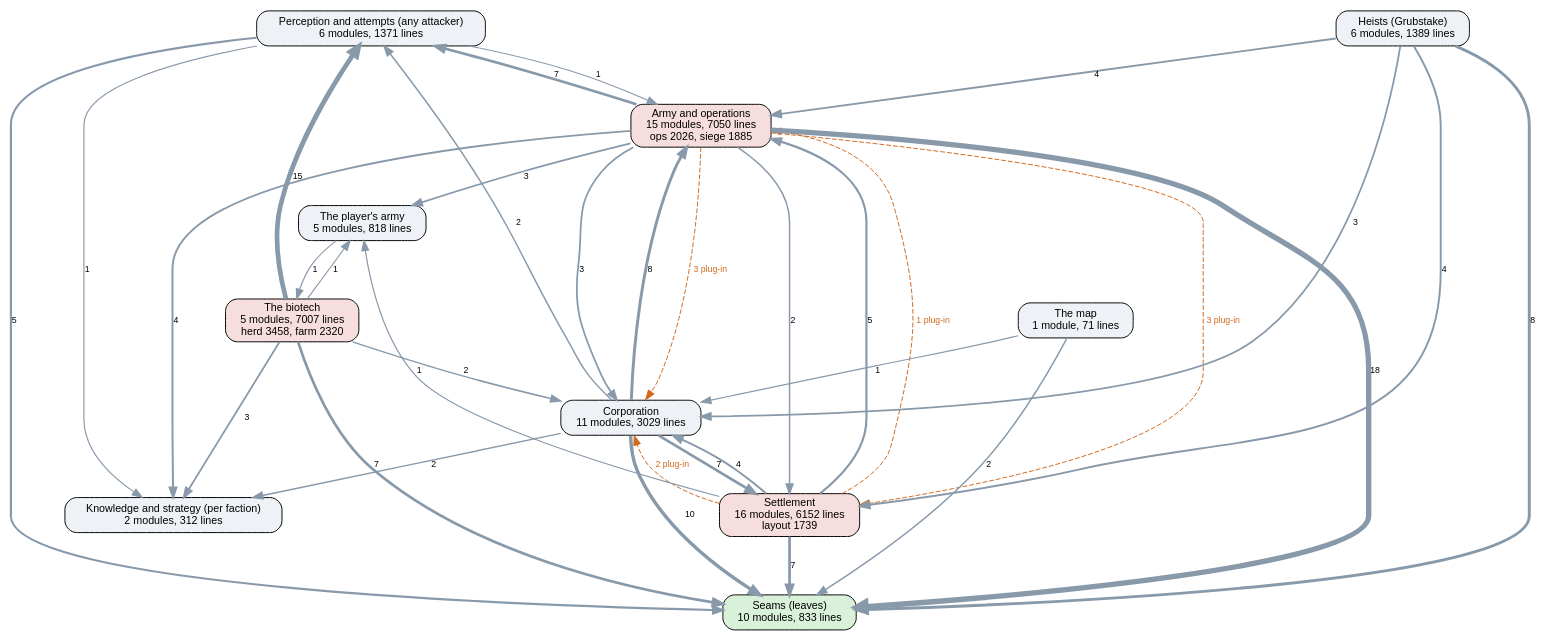
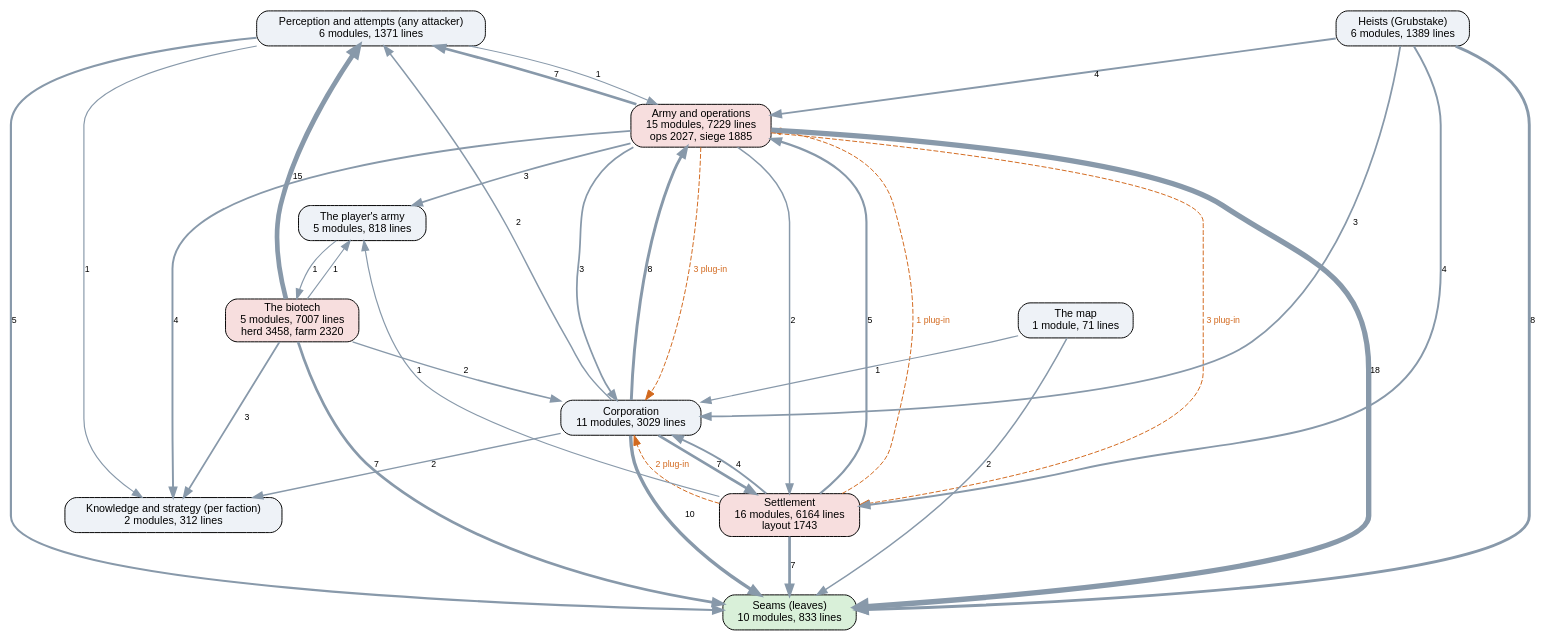
The diagram in docs/ai-layers.dot (kinelhu/landing-party), drawn with Graphviz before and after one commit. The commit also changed 14 other files, not shown here.

```diff
--- a/docs/ai-layers.dot
+++ b/docs/ai-layers.dot
@@ -1,49 +1,49 @@
 digraph layers {
   graph [rankdir=TB, fontname="Helvetica", nodesep=0.5, ranksep=0.7];
   node [shape=box, style="rounded,filled", fontname="Helvetica", fontsize=11, fillcolor="#eef2f7"];
   edge [color="#8899aa", fontname="Helvetica", fontsize=9];
   "Seams (leaves)" [label="Seams (leaves)\n10 modules, 833 lines", fillcolor="#d9f0d9"];
   "Perception and attempts (any attacker)" [label="Perception and attempts (any attacker)\n6 modules, 1371 lines", fillcolor="#eef2f7"];
   "Knowledge and strategy (per faction)" [label="Knowledge and strategy (per faction)\n2 modules, 312 lines", fillcolor="#eef2f7"];
   "Corporation" [label="Corporation\n11 modules, 3029 lines", fillcolor="#eef2f7"];
-  "Settlement" [label="Settlement\n16 modules, 6152 lines\nlayout 1739", fillcolor="#f7dede"];
-  "Army and operations" [label="Army and operations\n15 modules, 7050 lines\nops 2026, siege 1885", fillcolor="#f7dede"];
+  "Settlement" [label="Settlement\n16 modules, 6164 lines\nlayout 1743", fillcolor="#f7dede"];
+  "Army and operations" [label="Army and operations\n15 modules, 7229 lines\nops 2027, siege 1885", fillcolor="#f7dede"];
   "Heists (Grubstake)" [label="Heists (Grubstake)\n6 modules, 1389 lines", fillcolor="#eef2f7"];
   "The biotech" [label="The biotech\n5 modules, 7007 lines\nherd 3458, farm 2320", fillcolor="#f7dede"];
   "The map" [label="The map\n1 module, 71 lines", fillcolor="#eef2f7"];
   "The player's army" [label="The player's army\n5 modules, 818 lines", fillcolor="#eef2f7"];
   "Army and operations" -> "Corporation" [label="3", penwidth=1.8];
   "Army and operations" -> "Knowledge and strategy (per faction)" [label="4", penwidth=2.0];
   "Army and operations" -> "Perception and attempts (any attacker)" [label="7", penwidth=2.8];
   "Army and operations" -> "Seams (leaves)" [label="18", penwidth=5.5];
   "Army and operations" -> "Settlement" [label="2", penwidth=1.5];
   "Army and operations" -> "The player's army" [label="3", penwidth=1.8];
   "Corporation" -> "Army and operations" [label="8", penwidth=3.0];
   "Corporation" -> "Knowledge and strategy (per faction)" [label="2", penwidth=1.5];
   "Corporation" -> "Perception and attempts (any attacker)" [label="2", penwidth=1.5];
   "Corporation" -> "Seams (leaves)" [label="10", penwidth=3.5];
   "Corporation" -> "Settlement" [label="7", penwidth=2.8];
   "Heists (Grubstake)" -> "Army and operations" [label="4", penwidth=2.0];
   "Heists (Grubstake)" -> "Corporation" [label="3", penwidth=1.8];
   "Heists (Grubstake)" -> "Seams (leaves)" [label="8", penwidth=3.0];
   "Heists (Grubstake)" -> "Settlement" [label="4", penwidth=2.0];
   "Perception and attempts (any attacker)" -> "Army and operations" [label="1", penwidth=1.2];
   "Perception and attempts (any attacker)" -> "Knowledge and strategy (per faction)" [label="1", penwidth=1.2];
   "Perception and attempts (any attacker)" -> "Seams (leaves)" [label="5", penwidth=2.2];
   "Settlement" -> "Army and operations" [label="5", penwidth=2.2];
   "Settlement" -> "Corporation" [label="4", penwidth=2.0];
   "Settlement" -> "Seams (leaves)" [label="7", penwidth=2.8];
   "Settlement" -> "The player's army" [label="1", penwidth=1.2];
   "The biotech" -> "Corporation" [label="2", penwidth=1.5];
   "The biotech" -> "Knowledge and strategy (per faction)" [label="3", penwidth=1.8];
   "The biotech" -> "Perception and attempts (any attacker)" [label="15", penwidth=4.8];
   "The biotech" -> "Seams (leaves)" [label="7", penwidth=2.8];
   "The biotech" -> "The player's army" [label="1", penwidth=1.2];
   "The map" -> "Corporation" [label="1", penwidth=1.2];
   "The map" -> "Seams (leaves)" [label="2", penwidth=1.5];
   "The player's army" -> "The biotech" [label="1", penwidth=1.2];
   "Army and operations" -> "Corporation" [style=dashed, color="#d2691e", fontcolor="#d2691e", label="3 plug-in"];
   "Army and operations" -> "Settlement" [style=dashed, color="#d2691e", fontcolor="#d2691e", label="3 plug-in"];
   "Settlement" -> "Army and operations" [style=dashed, color="#d2691e", fontcolor="#d2691e", label="1 plug-in"];
   "Settlement" -> "Corporation" [style=dashed, color="#d2691e", fontcolor="#d2691e", label="2 plug-in"];
 }
```
